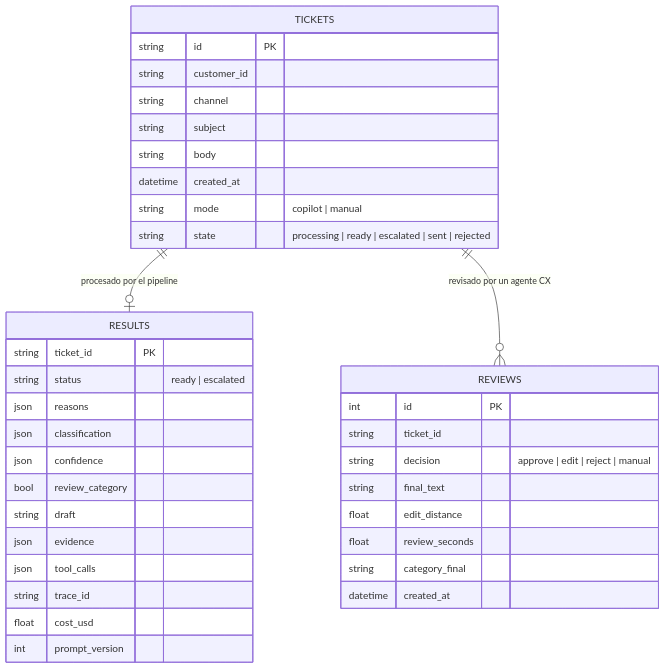
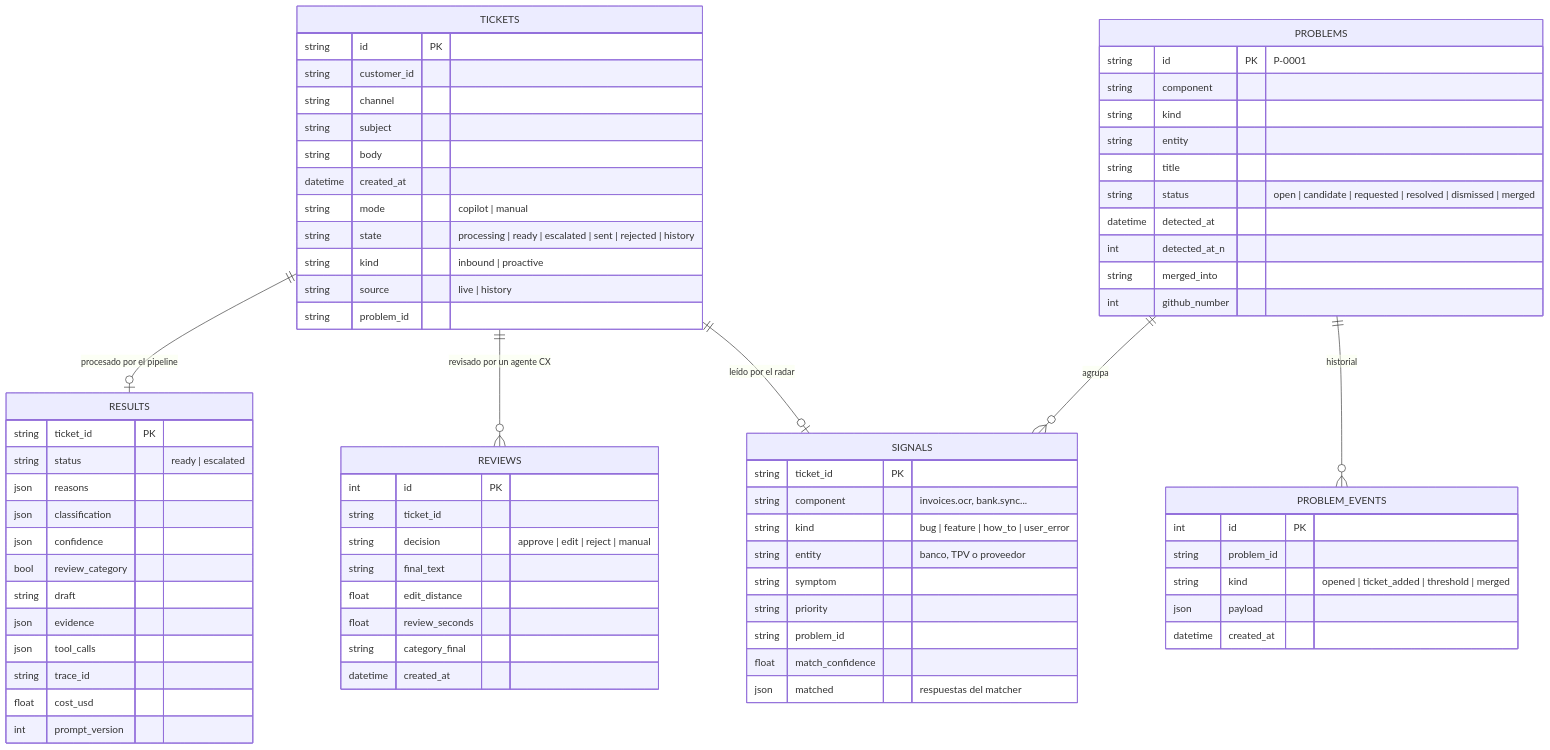
Before and after one commit to SearchingAlpha/haddock-cx-copilot: the diagram in docs/specs/db.md, drawn with Mermaid. The commit also changed other lines of this file and 27 other files, not shown here.

First line of the commit message:
feat(radar): signals, incremental clustering and clustering eval (R1)

````diff
--- a/docs/specs/db.md
+++ b/docs/specs/db.md
@@ -8,40 +8,76 @@
 ```mermaid
 erDiagram
     TICKETS ||--o| RESULTS : "procesado por el pipeline"
     TICKETS ||--o{ REVIEWS : "revisado por un agente CX"
+    TICKETS ||--o| SIGNALS : "leído por el radar"
+    PROBLEMS ||--o{ SIGNALS : "agrupa"
+    PROBLEMS ||--o{ PROBLEM_EVENTS : "historial"
 
     TICKETS {
         string id PK
         string customer_id
         string channel
         string subject
         string body
         datetime created_at
         string mode "copilot | manual"
-        string state "processing | ready | escalated | sent | rejected"
+        string state "processing | ready | escalated | sent | rejected | history"
+        string kind "inbound | proactive"
+        string source "live | history"
+        string problem_id
     }
     RESULTS {
         string ticket_id PK
         string status "ready | escalated"
         json reasons
         json classification
         json confidence
         bool review_category
         string draft
         json evidence
         json tool_calls
         string trace_id
         float cost_usd
         int prompt_version
     }
     REVIEWS {
         int id PK
         string ticket_id
         string decision "approve | edit | reject | manual"
         string final_text
         float edit_distance
         float review_seconds
         string category_final
         datetime created_at
     }
+    SIGNALS {
+        string ticket_id PK
+        string component "invoices.ocr, bank.sync..."
+        string kind "bug | feature | how_to | user_error"
+        string entity "banco, TPV o proveedor"
+        string symptom
+        string priority
+        string problem_id
+        float match_confidence
+        json matched "respuestas del matcher"
+    }
+    PROBLEMS {
+        string id PK "P-0001"
+        string component
+        string kind
+        string entity
+        string title
+        string status "open | candidate | requested | resolved | dismissed | merged"
+        datetime detected_at
+        int detected_at_n
+        string merged_into
+        int github_number
+    }
+    PROBLEM_EVENTS {
+        int id PK
+        string problem_id
+        string kind "opened | ticket_added | threshold | merged"
+        json payload
+        datetime created_at
+    }
 ```
````
